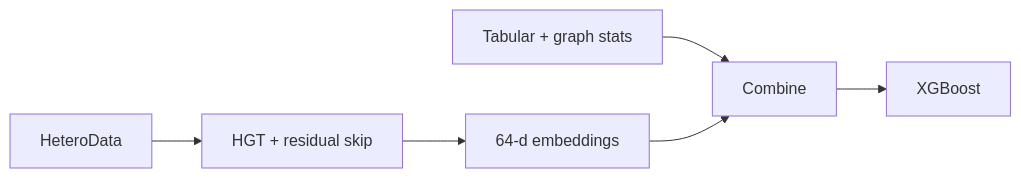
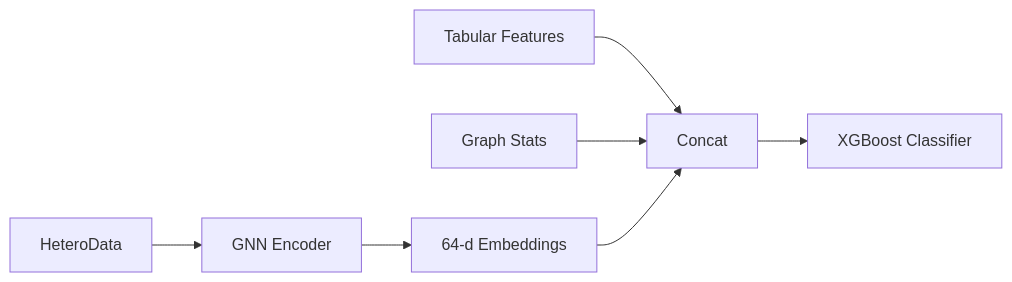
The fourth of 4 diagrams in docs/architecture_overview.md (dylanngn/ppa-fraud-notebook), drawn with Mermaid before and after one commit. The commit also changed other lines of this file and 14 other files, not shown here.

````diff
--- a/docs/architecture_overview.md
+++ b/docs/architecture_overview.md
@@ -98,8 +145,9 @@
 ```mermaid
 flowchart LR
-    HeteroData --> HGT[HGT + residual skip]
-    HGT --> Emb[64-d embeddings]
-    TabGraph[Tabular + graph stats] --> Combine
-    Emb --> Combine
-    Combine --> XGB_Hybrid[XGBoost]
+    HeteroData --> GNN[GNN Encoder]
+    GNN --> Emb[64-d Embeddings]
+    Tabular[Tabular Features] --> Concat
+    GraphStats[Graph Stats] --> Concat
+    Emb --> Concat
+    Concat --> XGB[XGBoost Classifier]
 ```
````
